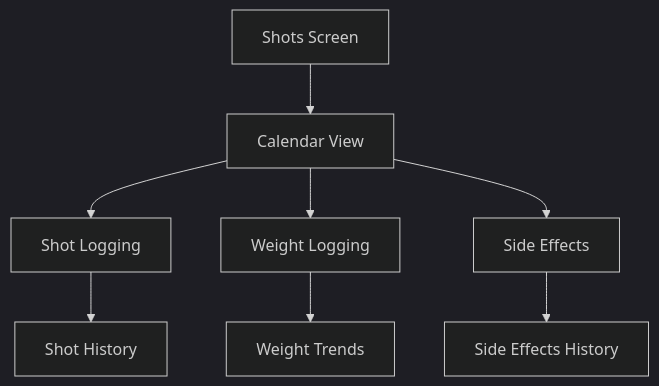
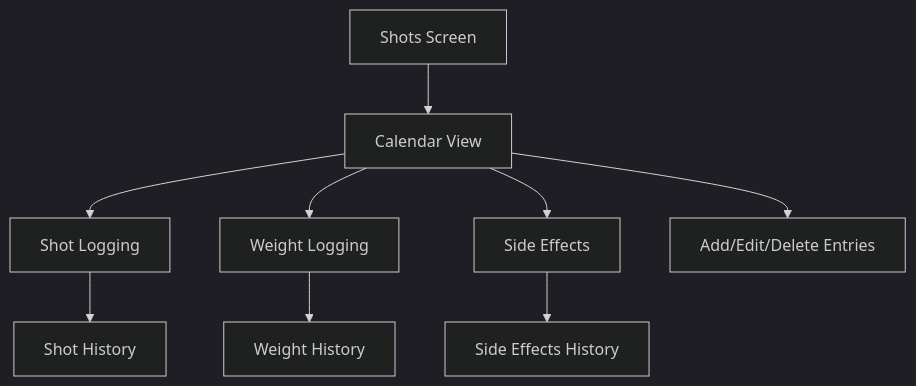
One commit to RSimmons2021/vivystart6 changed the fourth of 5 diagrams in project guideline docs/app_flow_document.mdc. Above: the diagram before and after it, drawn with Mermaid (dark theme). The commit also changed other lines of this file and 6 other files, not shown here.

````diff
--- a/project guideline docs/app_flow_document.mdc
+++ b/project guideline docs/app_flow_document.mdc
@@ -55,10 +60,11 @@
 ```mermaid
 graph TD
     A[Shots Screen] --> B[Calendar View]
     B --> C[Shot Logging]
     B --> D[Weight Logging]
     B --> E[Side Effects]
     C --> F[Shot History]
-    D --> G[Weight Trends]
+    D --> G[Weight History]
     E --> H[Side Effects History]
+    B --> I[Add/Edit/Delete Entries]
 ```
````
